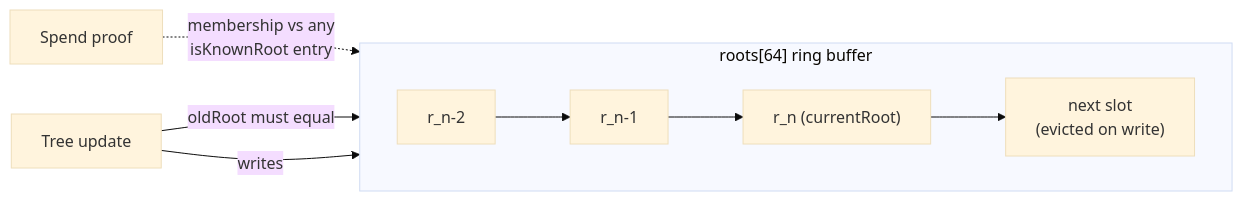
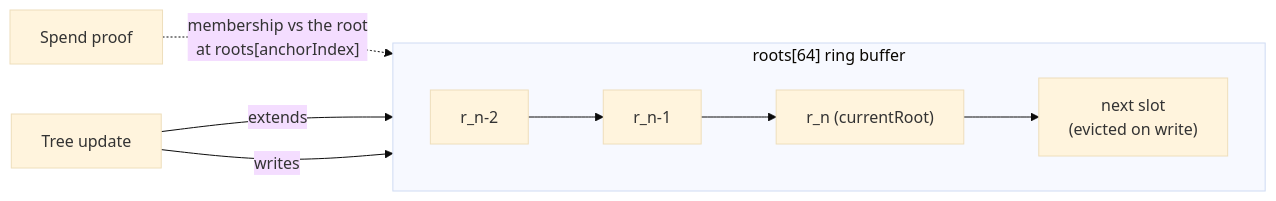
One commit to lelantos-org/contracts changed the fourth of 12 diagrams in src/README.md. Above: the diagram before and after it, drawn with Mermaid (base theme). The commit also changed other lines of this file and 275 other files, not shown here.

````diff
--- a/src/README.md
+++ b/src/README.md
@@ -257,10 +266,10 @@
 ```mermaid
 flowchart LR
   subgraph RING["roots[64] ring buffer"]
     direction LR
     R0["r_n-2"] --> R1["r_n-1"] --> R2["r_n (currentRoot)"] --> R3["next slot<br/>(evicted on write)"]
   end
-  S["Spend proof"] -.->|"membership vs any<br/>isKnownRoot entry"| R0
-  U["Tree update"] -->|"oldRoot must equal"| R2
+  S["Spend proof"] -.->|"membership vs the root<br/>at roots[anchorIndex]"| R0
+  U["Tree update"] -->|"extends"| R2
   U -->|"writes"| R3
 ```
````
